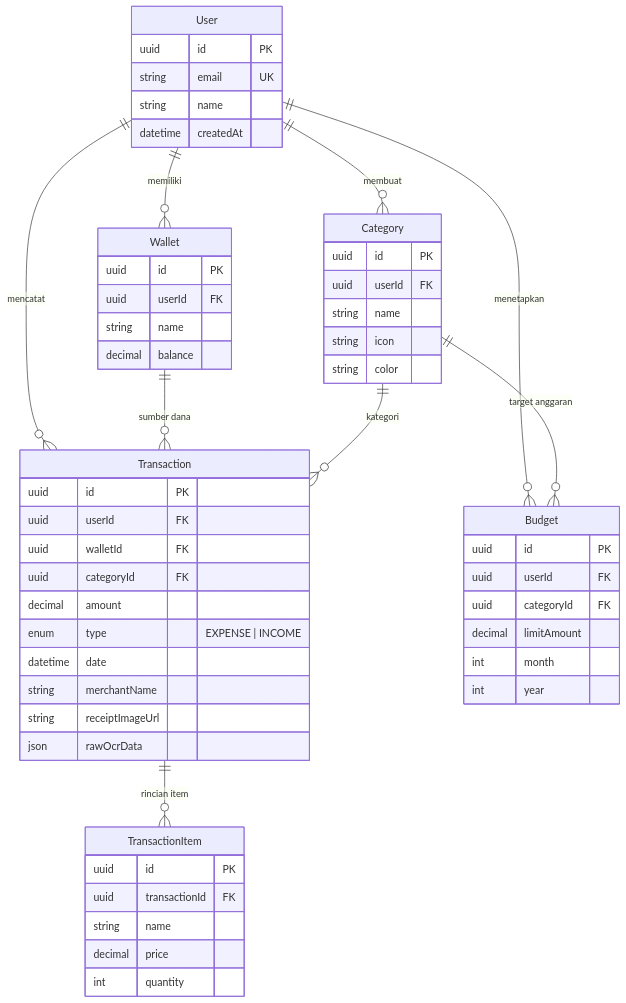
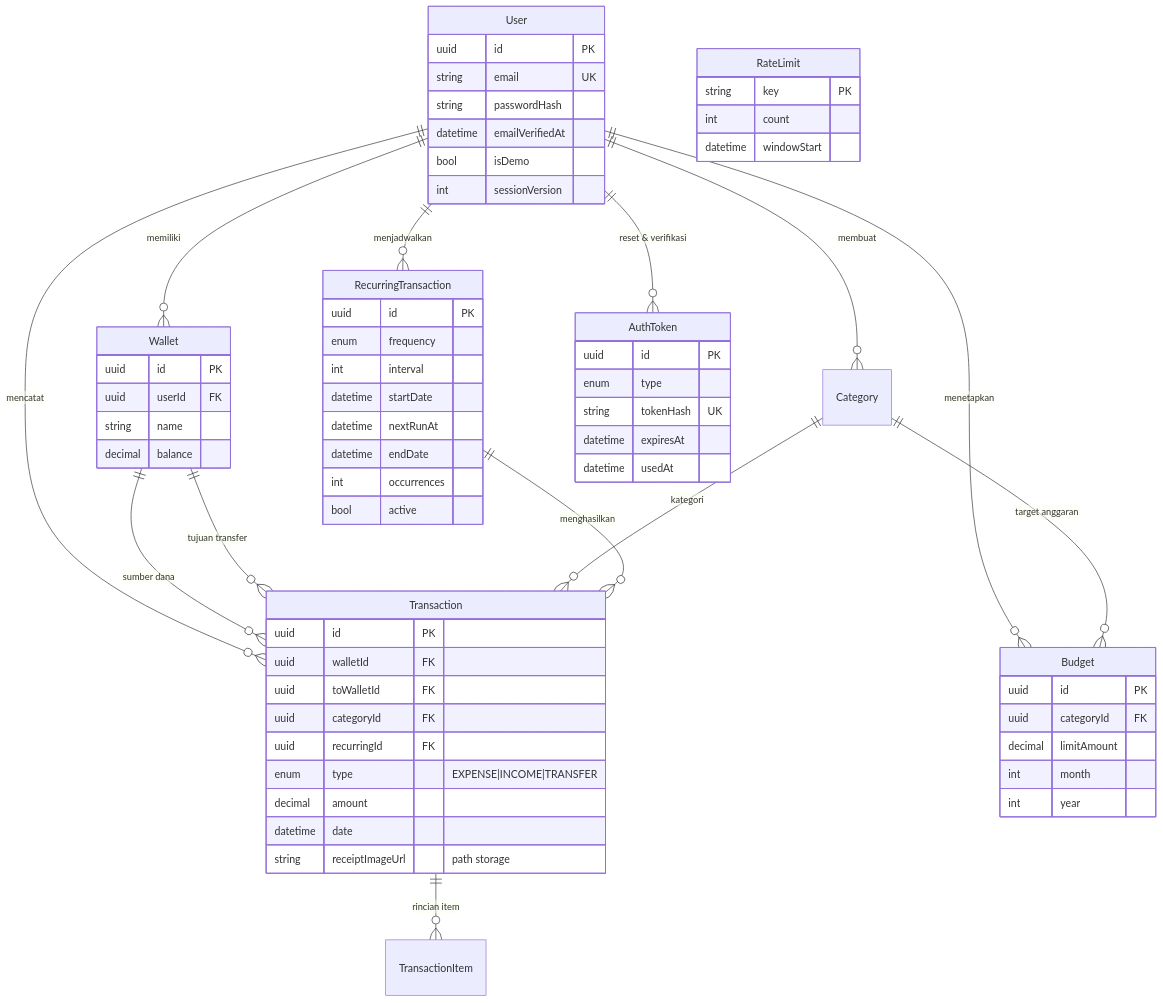
One commit to dandyzain/fintrack changed the second of 2 diagrams in README.md. Above: the diagram before and after it, drawn with Mermaid. The commit also changed other lines of this file and 24 other files, not shown here.

````diff
--- a/README.md
+++ b/README.md
@@ -81,65 +93,70 @@
 ```mermaid
 erDiagram
-    User ||--o{ Wallet : "memiliki"
-    User ||--o{ Category : "membuat"
-    User ||--o{ Transaction : "mencatat"
-    User ||--o{ Budget : "menetapkan"
-
+    User ||--o{ Wallet : memiliki
+    User ||--o{ Category : membuat
+    User ||--o{ Transaction : mencatat
+    User ||--o{ Budget : menetapkan
+    User ||--o{ RecurringTransaction : menjadwalkan
+    User ||--o{ AuthToken : "reset & verifikasi"
     Wallet ||--o{ Transaction : "sumber dana"
-    Category ||--o{ Transaction : "kategori"
+    Wallet ||--o{ Transaction : "tujuan transfer"
+    Category ||--o{ Transaction : kategori
     Category ||--o{ Budget : "target anggaran"
-
+    RecurringTransaction ||--o{ Transaction : menghasilkan
     Transaction ||--o{ TransactionItem : "rincian item"
 
     User {
         uuid id PK
         string email UK
-        string name
-        datetime createdAt
+        string passwordHash
+        datetime emailVerifiedAt
+        bool isDemo
+        int sessionVersion
     }
-
     Wallet {
         uuid id PK
         uuid userId FK
         string name
         decimal balance
     }
-
-    Category {
-        uuid id PK
-        uuid userId FK
-        string name
-        string icon
-        string color
-    }
-
     Transaction {
         uuid id PK
-        uuid userId FK
         uuid walletId FK
+        uuid toWalletId FK
         uuid categoryId FK
+        uuid recurringId FK
+        enum type "EXPENSE|INCOME|TRANSFER"
         decimal amount
-        enum type "EXPENSE | INCOME"
         datetime date
-        string merchantName
-        string receiptImageUrl
-        json rawOcrData
+        string receiptImageUrl "path storage"
     }
-
-    TransactionItem {
+    RecurringTransaction {
         uuid id PK
-        uuid transactionId FK
-        string name
-        decimal price
-        int quantity
+        enum frequency
+        int interval
+        datetime startDate
+        datetime nextRunAt
+        datetime endDate
+        int occurrences
+        bool active
     }
-
     Budget {
         uuid id PK
-        uuid userId FK
         uuid categoryId FK
         decimal limitAmount
         int month
         int year
     }
+    AuthToken {
+        uuid id PK
+        enum type
+        string tokenHash UK
+        datetime expiresAt
+        datetime usedAt
+    }
+    RateLimit {
+        string key PK
+        int count
+        datetime windowStart
+    }
 ```
````
